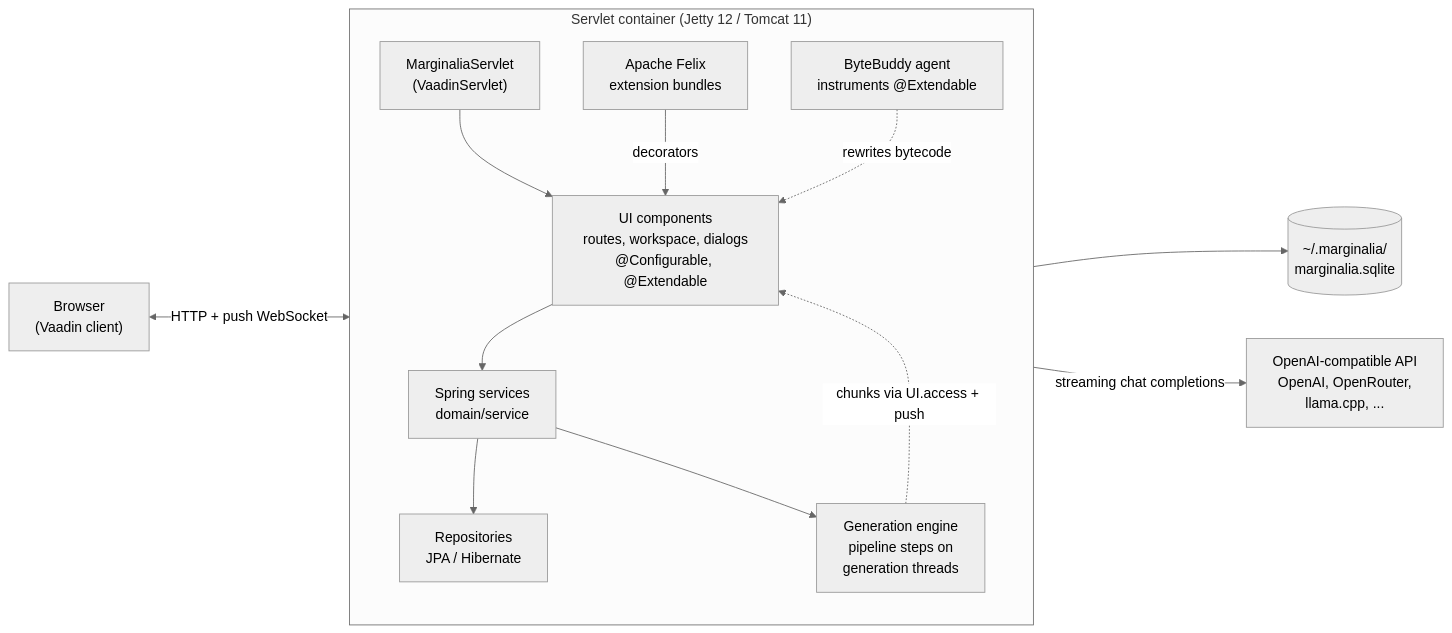
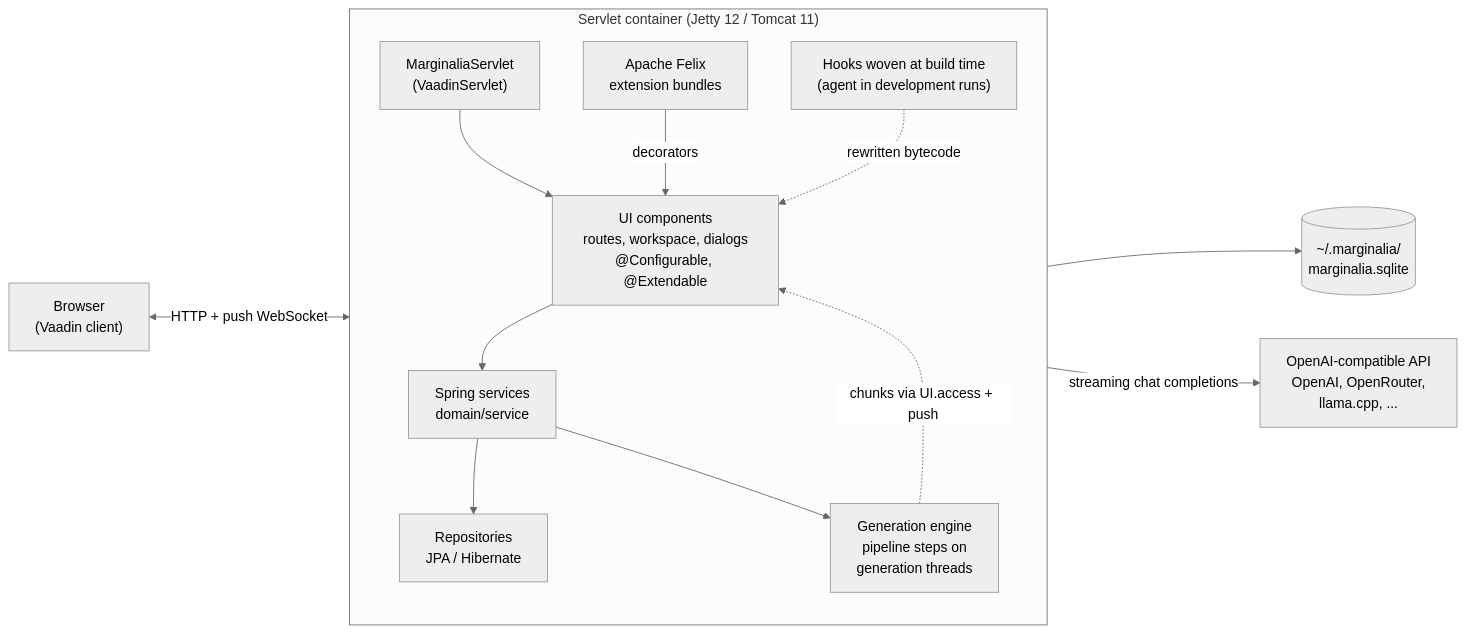
The first of 7 diagrams in manual/developer/architecture.md (Enerccio/Marginalia), drawn with Mermaid (neutral theme) before and after one commit. The commit also changed other lines of this file and 26 other files, not shown here.

First line of the commit message:
Extensions: weave the @Extendable hooks at build time, agent only in development runs

````diff
--- a/manual/developer/architecture.md
+++ b/manual/developer/architecture.md
@@ -26,26 +26,26 @@
 ```mermaid
 flowchart LR
     Browser["Browser<br/>(Vaadin client)"]
     subgraph JVM["Servlet container (Jetty 12 / Tomcat 11)"]
         direction TB
         Servlet["MarginaliaServlet<br/>(VaadinServlet)"]
         UI["UI components<br/>routes, workspace, dialogs<br/>@Configurable, @Extendable"]
         Services["Spring services<br/>domain/service"]
         Gen["Generation engine<br/>pipeline steps on<br/>generation threads"]
         Repos["Repositories<br/>JPA / Hibernate"]
         OSGi["Apache Felix<br/>extension bundles"]
-        Agent["ByteBuddy agent<br/>instruments @Extendable"]
+        Agent["Hooks woven at build time<br/>(agent in development runs)"]
     end
     DB[("~/.marginalia/<br/>marginalia.sqlite")]
     LLM["OpenAI-compatible API<br/>OpenAI, OpenRouter,<br/>llama.cpp, ..."]
 
     Browser <-- "HTTP + push WebSocket" --> Servlet
     Servlet --> UI
     UI --> Services
     Services --> Repos --> DB
     Services --> Gen
     Gen -- "streaming chat completions" --> LLM
     Gen -. "chunks via UI.access + push" .-> UI
     OSGi -- "decorators" --> UI
-    Agent -. "rewrites bytecode" .-> UI
+    Agent -. "rewritten bytecode" .-> UI
 ```
````
